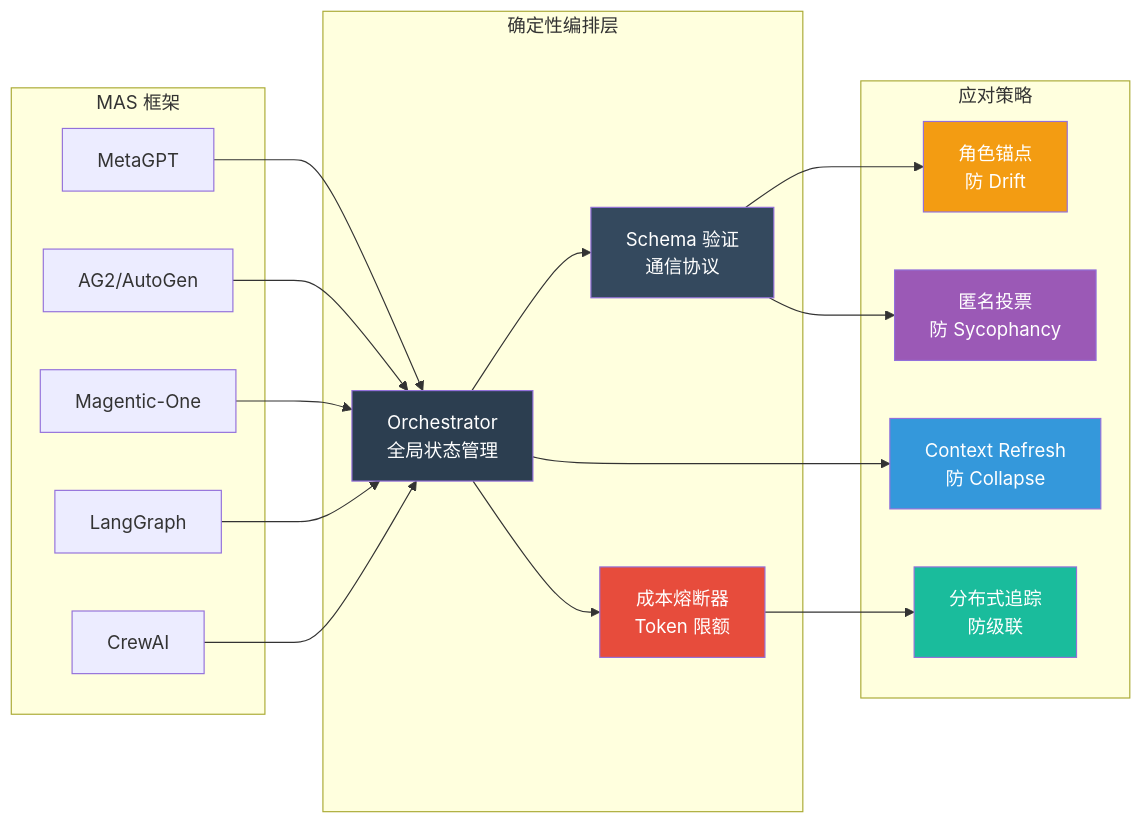
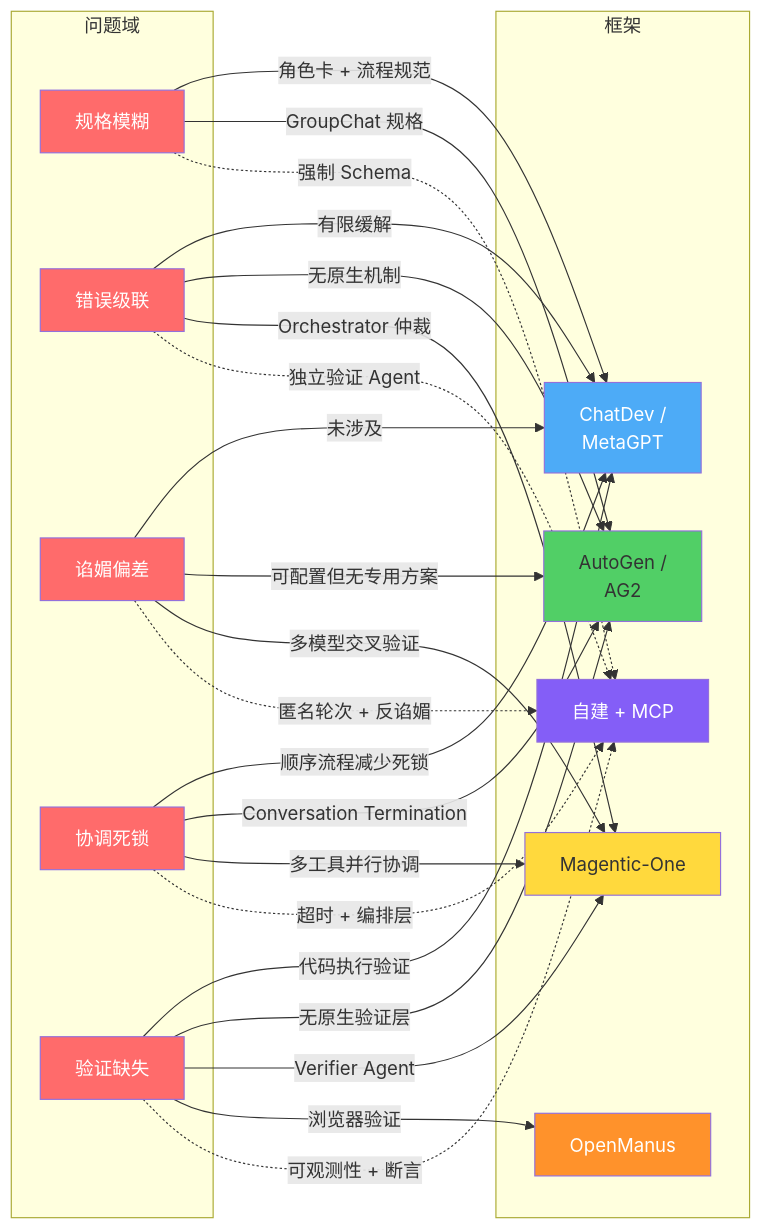
One commit to wqwz111/Tech-Researcher changed the second of 2 diagrams in reports/multi-agent-failure-modes.md. Above: the diagram before and after it, drawn with Mermaid. The commit also changed other lines of this file and 3 other files, not shown here.

````diff
--- a/reports/multi-agent-failure-modes.md
+++ b/reports/multi-agent-failure-modes.md
@@ -171,45 +194,50 @@
 ```mermaid
 graph LR
-    subgraph "确定性编排层"
-        O1["Orchestrator<br/>全局状态管理"]
-        O2["Schema 验证<br/>通信协议"]
-        O3["成本熔断器<br/>Token 限额"]
+    subgraph 问题域
+        P1["规格模糊"]
+        P2["错误级联"]
+        P3["谄媚偏差"]
+        P4["协调死锁"]
+        P5["验证缺失"]
     end
 
-    subgraph "MAS 框架"
-        F1["MetaGPT"]
-        F2["AG2/AutoGen"]
+    subgraph 框架
+        F1["ChatDev /<br/>MetaGPT"]
+        F2["AutoGen /<br/>AG2"]
         F3["Magentic-One"]
-        F4["LangGraph"]
-        F5["CrewAI"]
+        F4["OpenManus"]
+        F5["自建 + MCP"]
     end
 
-    subgraph "应对策略"
-        S1["角色锚点<br/>防 Drift"]
-        S2["匿名投票<br/>防 Sycophancy"]
-        S3["Context Refresh<br/>防 Collapse"]
-        S4["分布式追踪<br/>防级联"]
-    end
+    P1 -->|"角色卡 + 流程规范"| F1
+    P1 -->|"GroupChat 规格"| F2
+    P2 -->|"有限缓解"| F1
+    P2 -->|"无原生机制"| F2
+    P2 -->|"Orchestrator 仲裁"| F3
+    P3 -->|"未涉及"| F1
+    P3 -->|"可配置但无专用方案"| F2
+    P3 -->|"多模型交叉验证"| F3
+    P4 -->|"顺序流程减少死锁"| F1
+    P4 -->|"Conversation Termination"| F2
+    P4 -->|"多工具并行协调"| F3
+    P5 -->|"代码执行验证"| F1
+    P5 -->|"无原生验证层"| F2
+    P5 -->|"Verifier Agent"| F3
+    P5 -->|"浏览器验证"| F4
+    P1 -.->|"强制 Schema"| F5
+    P2 -.->|"独立验证 Agent"| F5
+    P3 -.->|"匿名轮次 + 反谄媚"| F5
+    P4 -.->|"超时 + 编排层"| F5
+    P5 -.->|"可观测性 + 断言"| F5
 
-    F1 --> O1
-    F2 --> O1
-    F3 --> O1
-    F4 --> O1
-    F5 --> O1
-
-    O1 --> O2
-    O1 --> O3
-
-    O2 --> S1
-    O2 --> S2
-    O1 --> S3
-    O3 --> S4
-
-    style O1 fill:#2c3e50,color:#fff
-    style O2 fill:#34495e,color:#fff
-    style O3 fill:#e74c3c,color:#fff
-    style S1 fill:#f39c12,color:#fff
-    style S2 fill:#9b59b6,color:#fff
-    style S3 fill:#3498db,color:#fff
-    style S4 fill:#1abc9c,color:#fff
+    style F1 fill:#4dabf7,color:#fff
+    style F2 fill:#51cf66,color:#333
+    style F3 fill:#ffd93d,color:#333
+    style F4 fill:#ff922b,color:#fff
+    style F5 fill:#845ef7,color:#fff
+    style P1 fill:#ff6b6b,color:#fff
+    style P2 fill:#ff6b6b,color:#fff
+    style P3 fill:#ff6b6b,color:#fff
+    style P4 fill:#ff6b6b,color:#fff
+    style P5 fill:#ff6b6b,color:#fff
 ```
````
